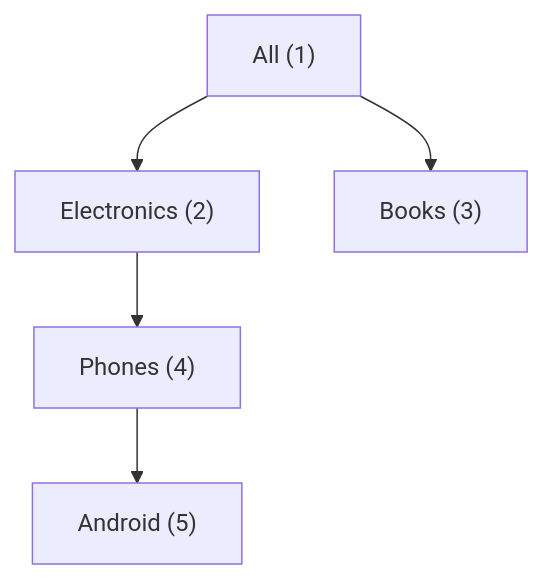
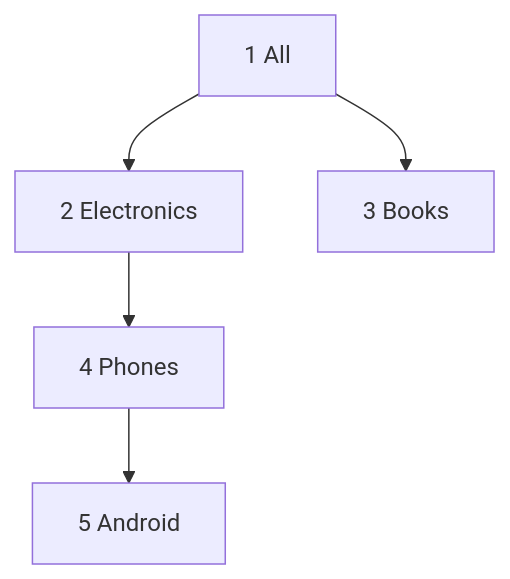
The second of 2 diagrams in Doc/04-advanced-sql/01-cte.md (wesamkhateeb98-creator/postgresql-zero-to-hero), drawn with Mermaid before and after one commit. The commit also changed other lines of this file and 29 other files, not shown here.

````diff
--- a/Doc/04-advanced-sql/01-cte.md
+++ b/Doc/04-advanced-sql/01-cte.md
@@ -28,5 +109,5 @@
 ```mermaid
 flowchart TD
-    R["All (1)"] --> E["Electronics (2)"] --> P["Phones (4)"] --> A["Android (5)"]
-    R --> B["Books (3)"]
+    R["1 All"] --> E["2 Electronics"] --> P["4 Phones"] --> A["5 Android"]
+    R --> B["3 Books"]
 ```
````
